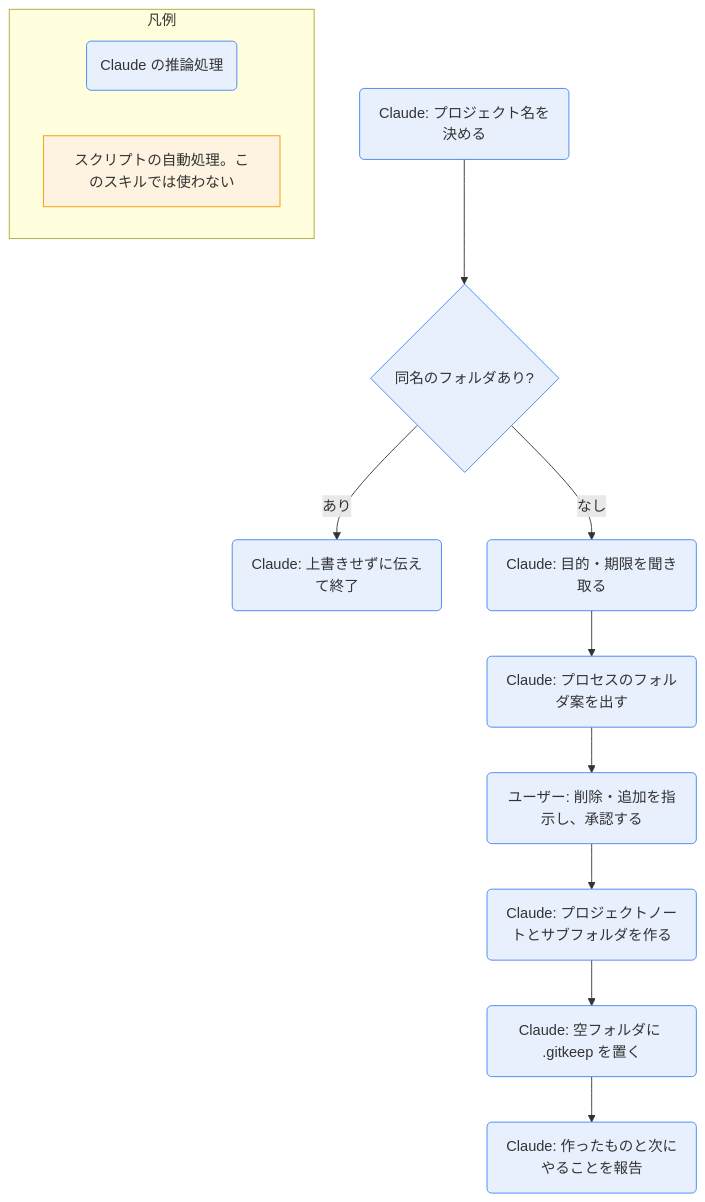
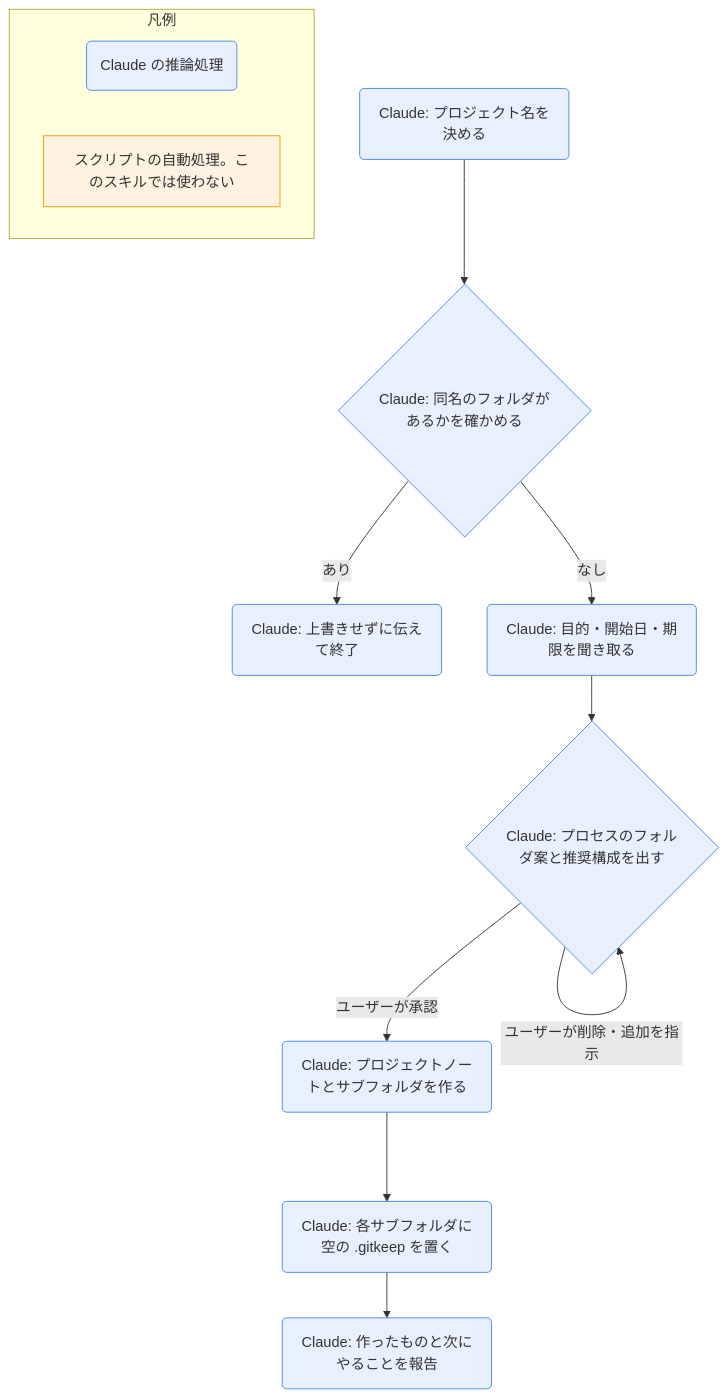
Before and after one commit to asama0101/obsidian-claude: the diagram in 90_system/skill-docs/project-add.md, drawn with Mermaid. The commit also changed other lines of this file and 63 other files, not shown here.

````diff
--- a/90_system/skill-docs/project-add.md
+++ b/90_system/skill-docs/project-add.md
@@ -32,18 +33,18 @@
 ```mermaid
 flowchart TD
-  A(Claude: プロジェクト名を決める) --> B{同名のフォルダあり?}
+  A(Claude: プロジェクト名を決める) --> B{Claude: 同名のフォルダがあるかを確かめる}
   B -- あり --> Z(Claude: 上書きせずに伝えて終了)
-  B -- なし --> C(Claude: 目的・期限を聞き取る)
-  C --> D(Claude: プロセスのフォルダ案を出す)
-  D --> E(ユーザー: 削除・追加を指示し、承認する)
-  E --> F(Claude: プロジェクトノートとサブフォルダを作る)
-  F --> G(Claude: 空フォルダに .gitkeep を置く)
+  B -- なし --> C(Claude: 目的・開始日・期限を聞き取る)
+  C --> D{Claude: プロセスのフォルダ案と推奨構成を出す}
+  D -- ユーザーが削除・追加を指示 --> D
+  D -- ユーザーが承認 --> F(Claude: プロジェクトノートとサブフォルダを作る)
+  F --> G(Claude: 各サブフォルダに空の .gitkeep を置く)
   G --> H(Claude: 作ったものと次にやることを報告)
   classDef ai fill:#e8f0fe,stroke:#4285f4
   classDef sc fill:#fef3e0,stroke:#f29900
-  class A,B,C,D,E,F,G,H,Z ai
+  class A,B,C,D,F,G,H,Z ai
   subgraph 凡例
     L1(Claude の推論処理):::ai
     L2[スクリプトの自動処理。このスキルでは使わない]:::sc
   end
 ```
````
